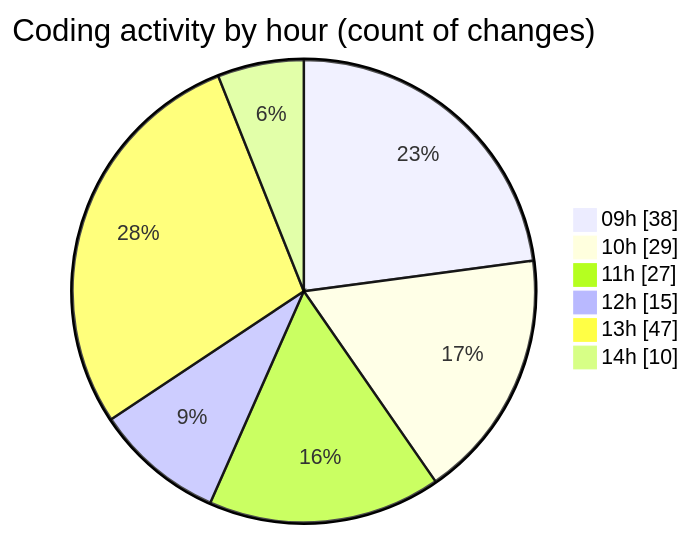
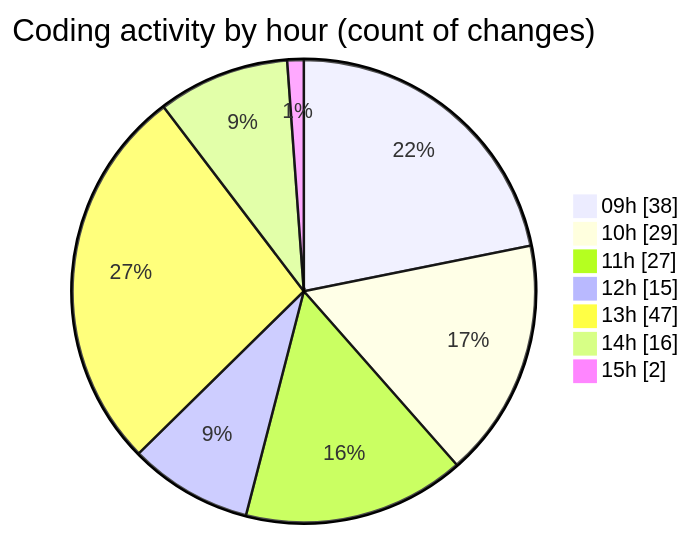
The second of 2 diagrams in 2026-07-27/cda/README.md (momahboobian/code-tracking), drawn with Mermaid before and after one commit. The commit also changed other lines of this file and 1 other file, not shown here.

````diff
--- a/2026-07-27/cda/README.md
+++ b/2026-07-27/cda/README.md
@@ -62,10 +64,11 @@
 ```mermaid
 pie showData
 title Coding activity by hour (count of changes)
 "09h" : 38
 "10h" : 29
 "11h" : 27
 "12h" : 15
 "13h" : 47
-"14h" : 10
+"14h" : 16
+"15h" : 2
 ```
````
